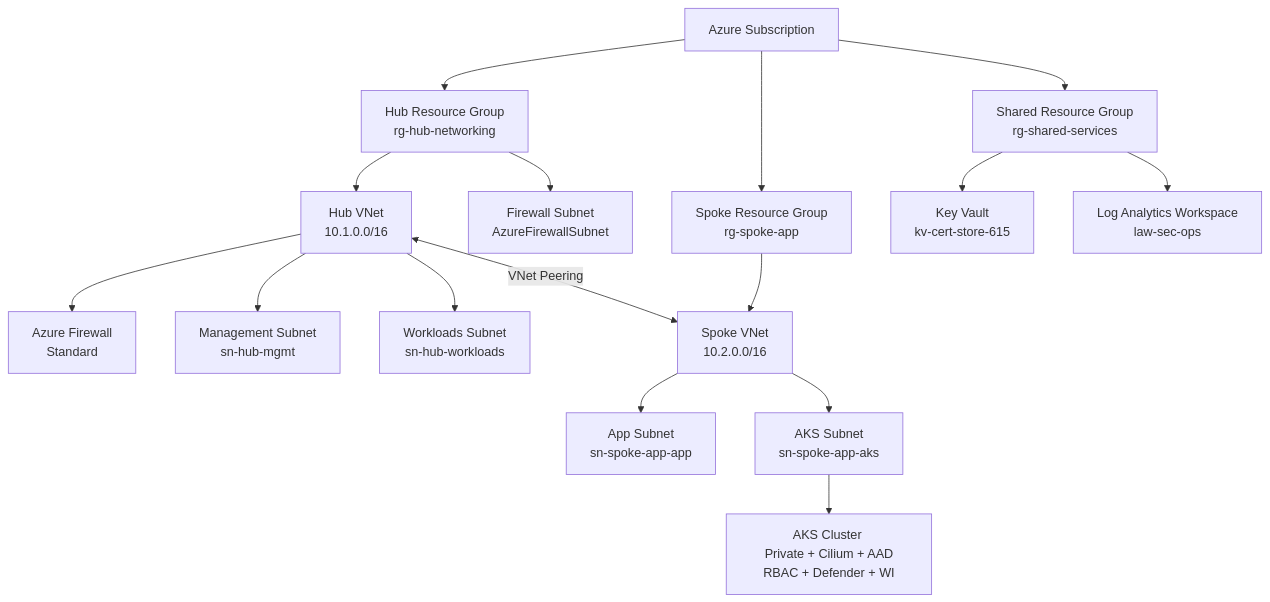
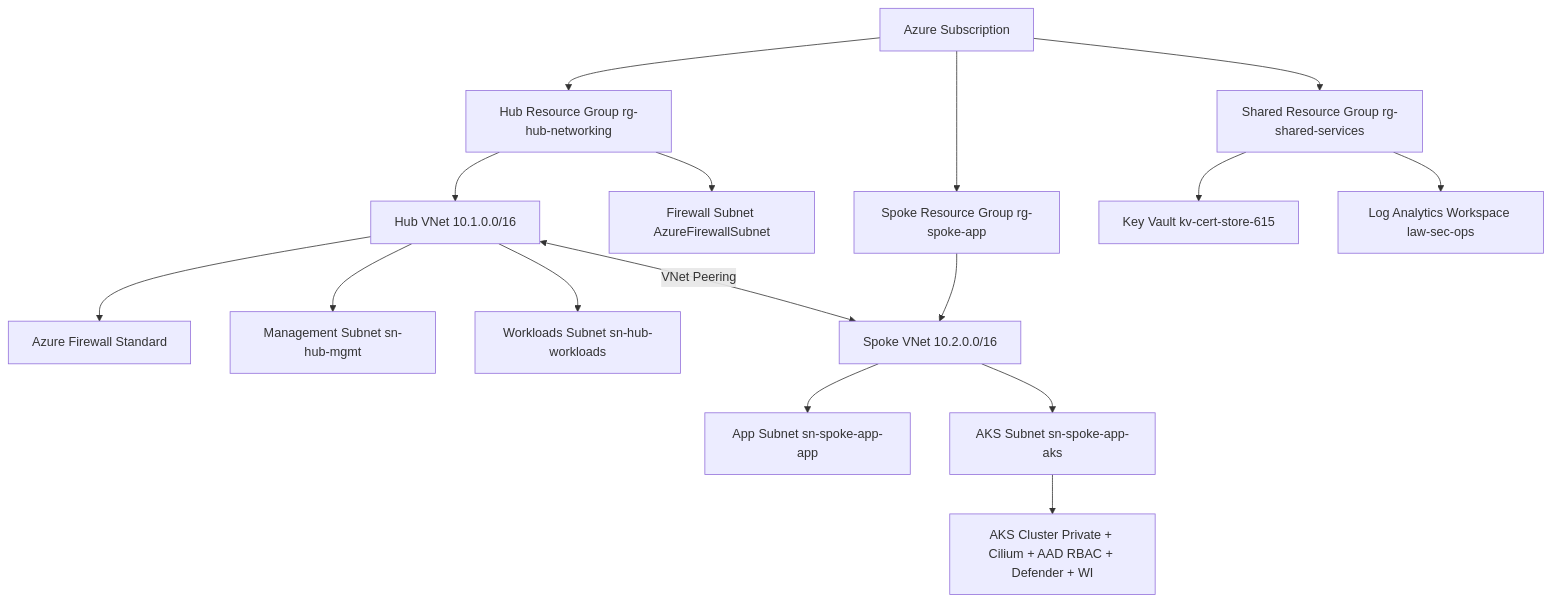
One commit to CamParent/iac-foundation changed the second of 2 diagrams in README.md. Above: the diagram before and after it, drawn with Mermaid.

Commit message:
Edited formatting for Architecture overview

````diff
--- a/README.md
+++ b/README.md
@@ -254,21 +254,21 @@
 ```mermaid
 graph TD
-  A[Azure Subscription] --> B[Hub Resource Group \n rg-hub-networking]
-  B --> C[Hub VNet \n 10.1.0.0/16]
-  C --> D[Azure Firewall \n Standard]
-  C --> E[Management Subnet \n sn-hub-mgmt]
-  C --> F[Workloads Subnet \n sn-hub-workloads]
-  B --> G[Firewall Subnet \n AzureFirewallSubnet]
+  A[Azure Subscription] --> B[Hub Resource Group rg-hub-networking]
+  B --> C[Hub VNet 10.1.0.0/16]
+  C --> D[Azure Firewall Standard]
+  C --> E[Management Subnet sn-hub-mgmt]
+  C --> F[Workloads Subnet sn-hub-workloads]
+  B --> G[Firewall Subnet AzureFirewallSubnet]
 
-  A --> H[Spoke Resource Group \n rg-spoke-app]
-  H --> I[Spoke VNet \n 10.2.0.0/16]
-  I --> J[App Subnet \n sn-spoke-app-app]
-  I --> M[AKS Subnet \n sn-spoke-app-aks]
+  A --> H[Spoke Resource Group rg-spoke-app]
+  H --> I[Spoke VNet 10.2.0.0/16]
+  I --> J[App Subnet sn-spoke-app-app]
+  I --> M[AKS Subnet sn-spoke-app-aks]
 
-  A --> K[Shared Resource Group \n rg-shared-services]
-  K --> L[Key Vault \n kv-cert-store-615]
-  K --> O[Log Analytics Workspace \n law-sec-ops]
+  A --> K[Shared Resource Group rg-shared-services]
+  K --> L[Key Vault kv-cert-store-615]
+  K --> O[Log Analytics Workspace law-sec-ops]
 
   C <-->|VNet Peering| I
-  M --> N[AKS Cluster \n Private + Cilium + AAD RBAC + Defender + WI]
+  M --> N[AKS Cluster Private + Cilium + AAD RBAC + Defender + WI]
 ```
````
